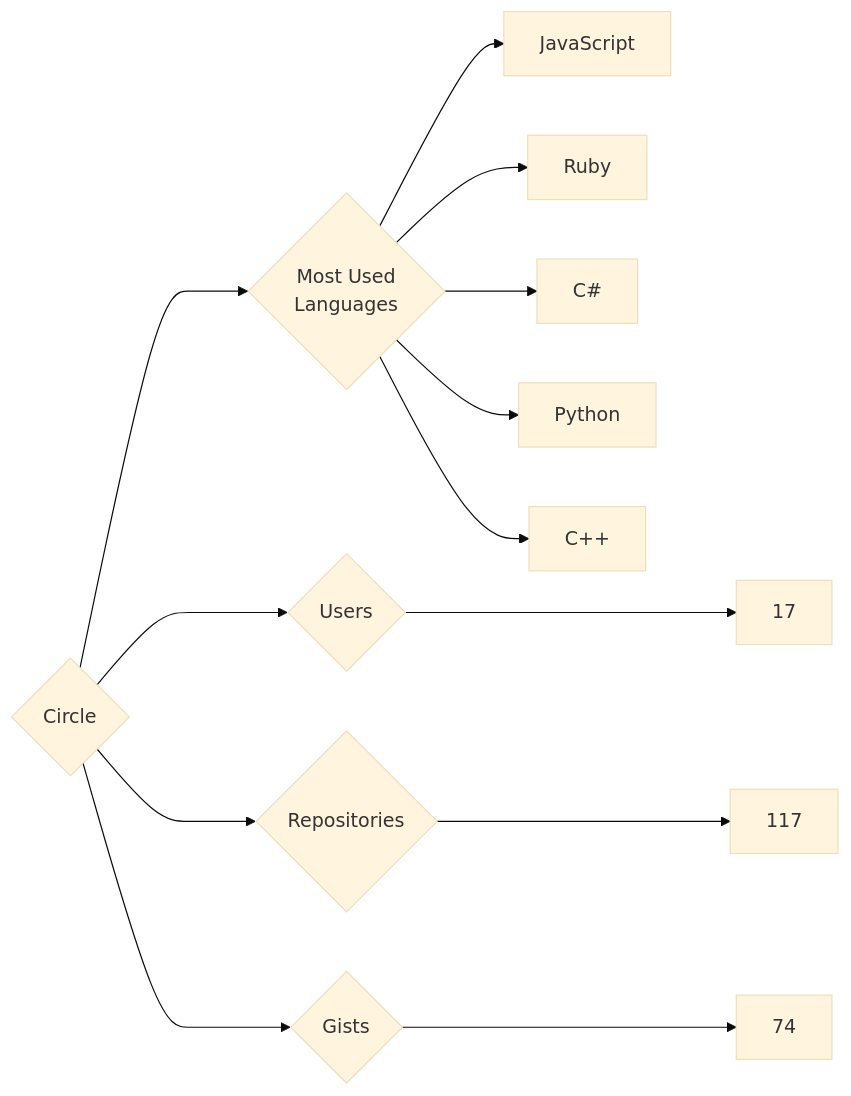
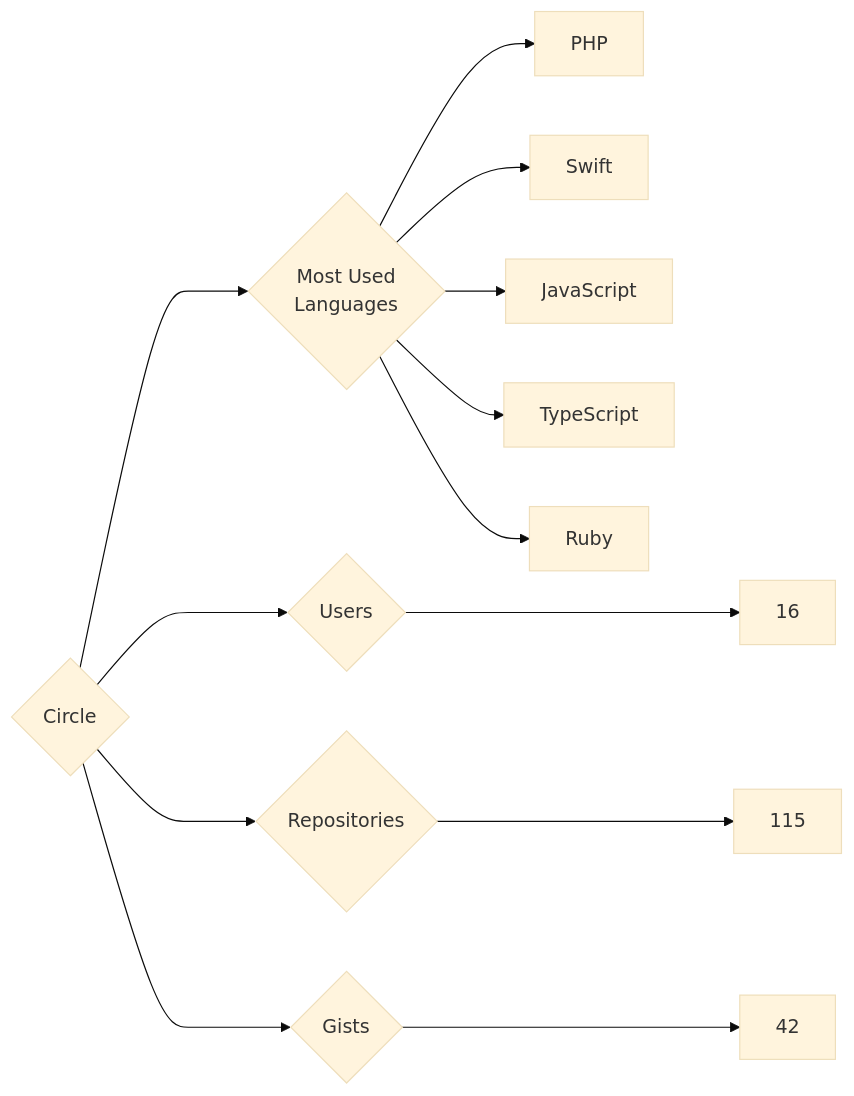
Before and after one commit to trickest/insiders: the diagram in targets/Circle/README.md, drawn with Mermaid (base theme). The commit also changed 714 other files, not shown here.

````diff
--- a/targets/Circle/README.md
+++ b/targets/Circle/README.md
@@ -3,13 +3,13 @@
 ```mermaid
 graph LR
 COMPANY_NAME{Circle}
-COMPANY_NAME ---> U{Users} ---> UN[17]
-COMPANY_NAME ---> R{Repositories} ---> RN[117]
-COMPANY_NAME ---> G{Gists} ---> GN[74]
+COMPANY_NAME ---> U{Users} ---> UN[16]
+COMPANY_NAME ---> R{Repositories} ---> RN[115]
+COMPANY_NAME ---> G{Gists} ---> GN[42]
 COMPANY_NAME ---> ML{Most Used<br>Languages}
+ML --> PHP[PHP]
+ML --> Swift[Swift]
 ML --> JavaScript[JavaScript]
+ML --> TypeScript[TypeScript]
 ML --> Ruby[Ruby]
-ML --> C#[C#]
-ML --> Python[Python]
-ML --> C++[C++]
 ```
````
